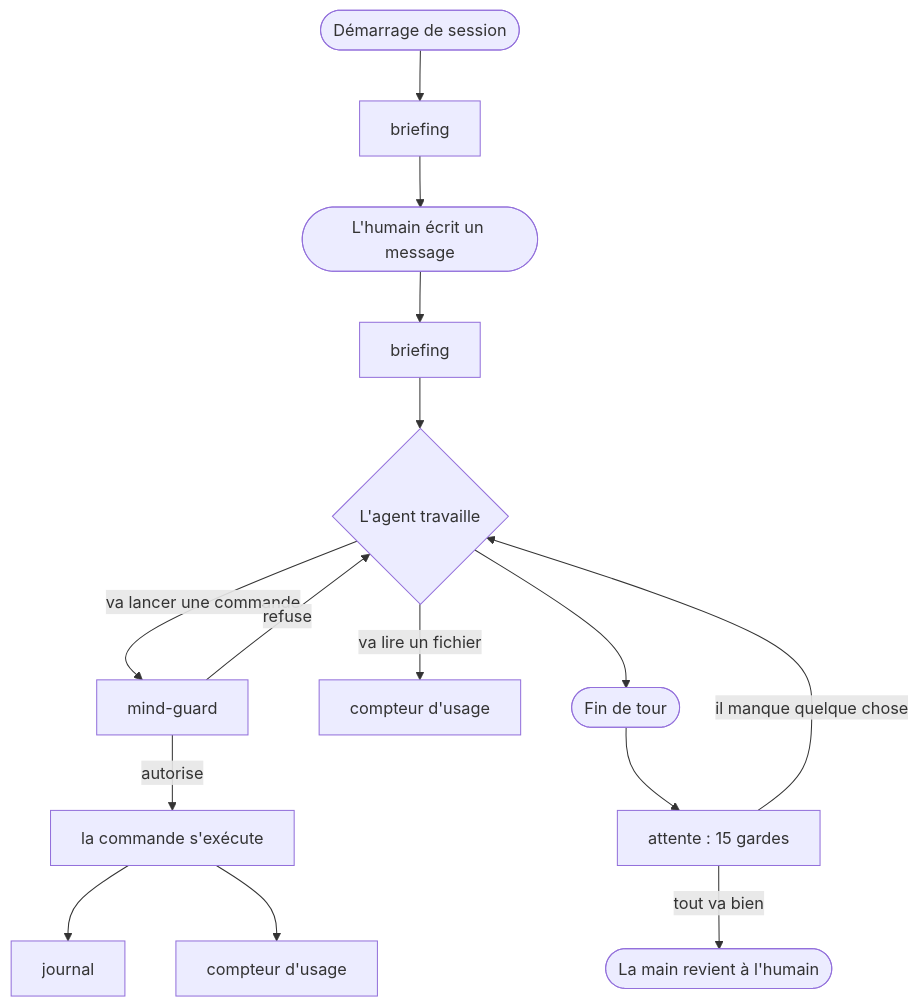
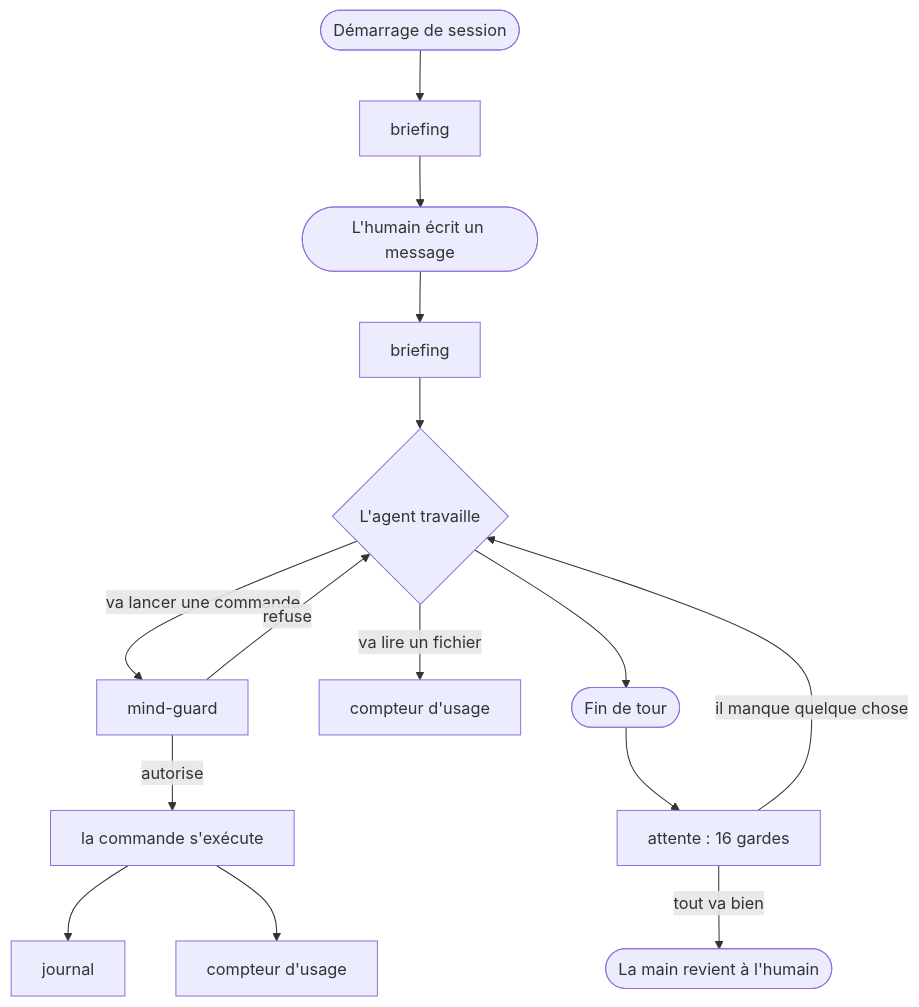
Before and after one commit to PetitPelican/claude-harness: the third of 6 diagrams in COMMENT-CA-MARCHE.md, drawn with Mermaid. The commit also changed other lines of this file and 6 other files, not shown here.

````diff
--- a/COMMENT-CA-MARCHE.md
+++ b/COMMENT-CA-MARCHE.md
@@ -146,16 +146,16 @@
 ```mermaid
 flowchart TD
     S([Démarrage de session]) --> B1[briefing]
     B1 --> Q([L'humain écrit un message])
     Q --> B2[briefing]
     B2 --> W{L'agent travaille}
     W -->|va lancer une commande| MG[mind-guard]
     MG -->|autorise| EX[la commande s'exécute]
     MG -->|refuse| W
     EX --> J[journal]
     EX --> U1[compteur d'usage]
     W -->|va lire un fichier| U2[compteur d'usage]
-    W --> F([Fin de tour]) --> AT[attente : 15 gardes]
+    W --> F([Fin de tour]) --> AT[attente : 16 gardes]
     AT -->|tout va bien| H([La main revient à l'humain])
     AT -->|il manque quelque chose| W
 ```
````
